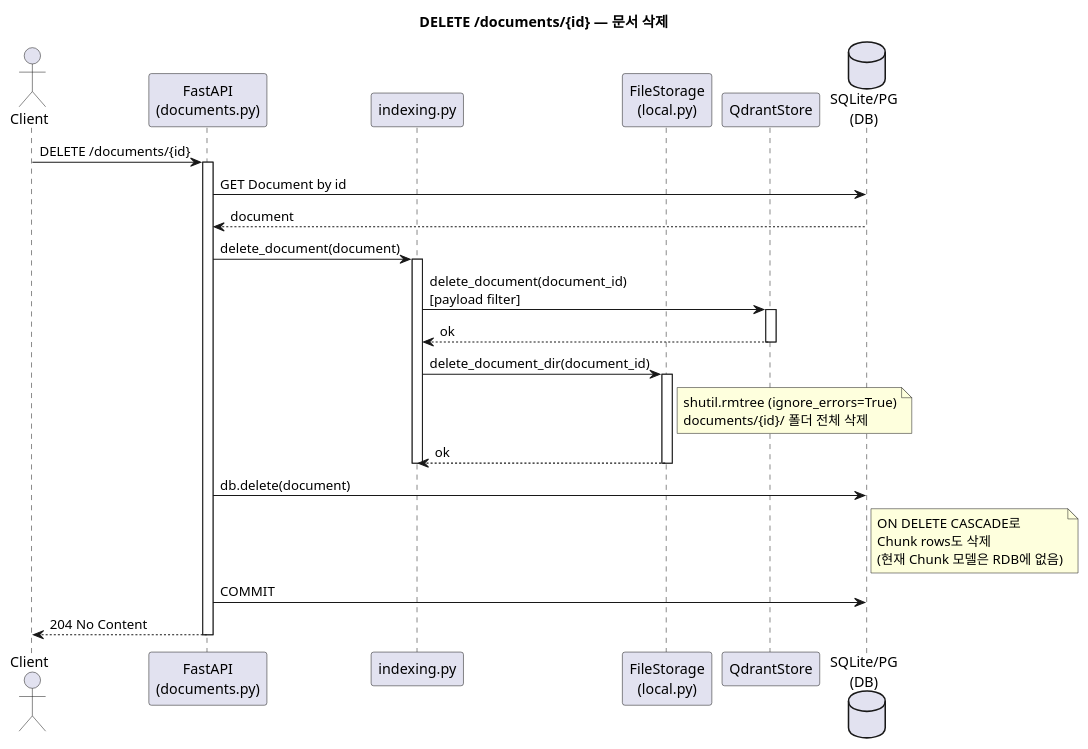
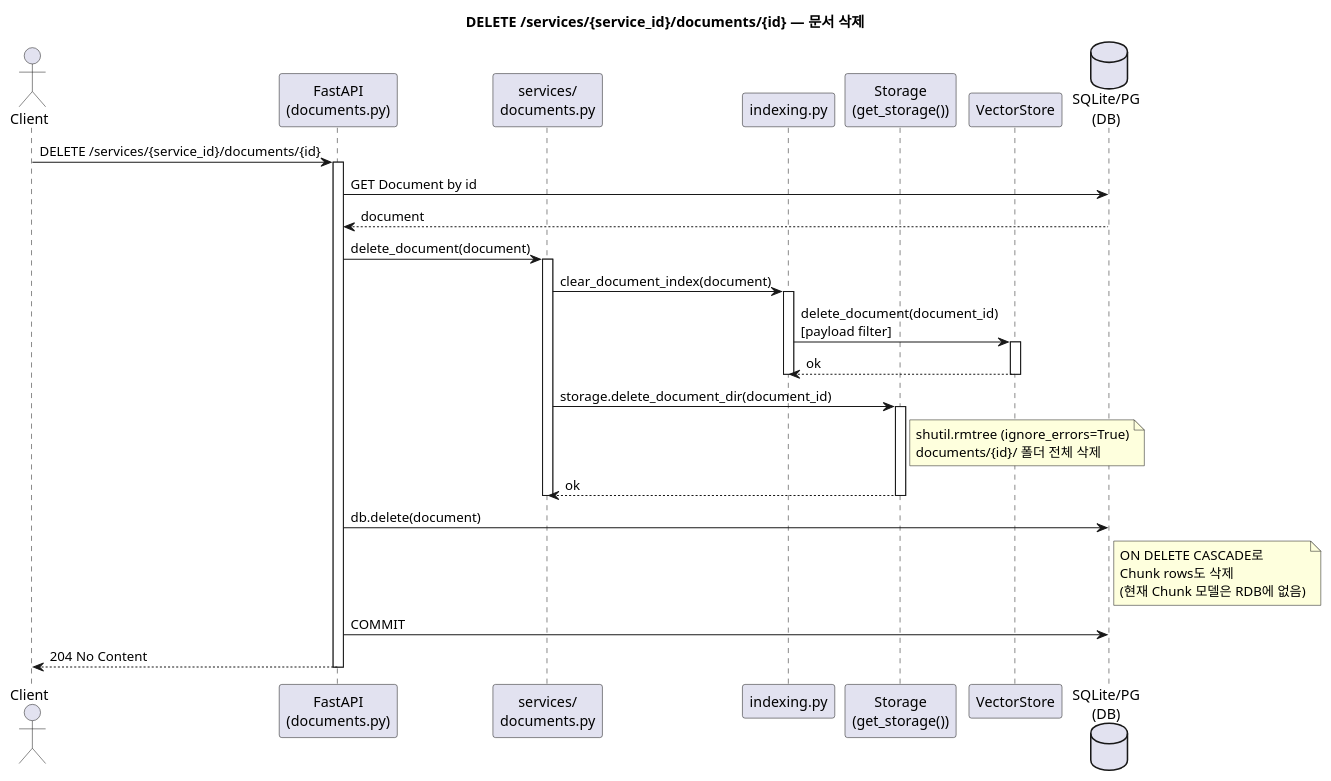
The diagram in docs/diagrams/document_delete.puml (sigmoidx0/ragkit), drawn with PlantUML before and after one commit. The commit also changed 4 other files, not shown here.

Commit message:
docs: update sequence diagram

```diff
--- a/docs/diagrams/document_delete.puml
+++ b/docs/diagrams/document_delete.puml
@@ -1,50 +1,54 @@
 @startuml Document Delete
 
-title DELETE /documents/{id} — 문서 삭제
+title DELETE /services/{service_id}/documents/{id} — 문서 삭제
 
 actor Client
 participant "FastAPI\n(documents.py)" as API
+participant "services/\ndocuments.py" as SVC
 participant "indexing.py" as IDX
-participant "FileStorage\n(local.py)" as FS
-participant "QdrantStore" as QD
+participant "Storage\n(get_storage())" as FS
+participant "VectorStore" as QD
 database "SQLite/PG\n(DB)" as DB
 
-Client -> API : DELETE /documents/{id}
+Client -> API : DELETE /services/{service_id}/documents/{id}
 activate API
 
 API -> DB : GET Document by id
 DB --> API : document
 
-API -> IDX : delete_document(document)
+API -> SVC : delete_document(document)
+activate SVC
+
+SVC -> IDX : clear_document_index(document)
 activate IDX
-
 IDX -> QD : delete_document(document_id)\n[payload filter]
 activate QD
 QD --> IDX : ok
 deactivate QD
+deactivate IDX
 
-IDX -> FS : delete_document_dir(document_id)
+SVC -> FS : storage.delete_document_dir(document_id)
 activate FS
 note right of FS
   shutil.rmtree (ignore_errors=True)
   documents/{id}/ 폴더 전체 삭제
 end note
-FS --> IDX : ok
+FS --> SVC : ok
 deactivate FS
 
-deactivate IDX
+deactivate SVC
 
 API -> DB : db.delete(document)
 note right of DB
   ON DELETE CASCADE로
   Chunk rows도 삭제
   (현재 Chunk 모델은 RDB에 없음)
 end note
 
 API -> DB : COMMIT
 
 API --> Client : 204 No Content
 
 deactivate API
 
 @enduml
```
